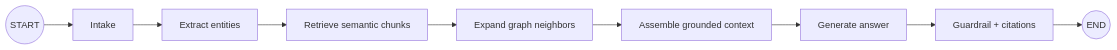
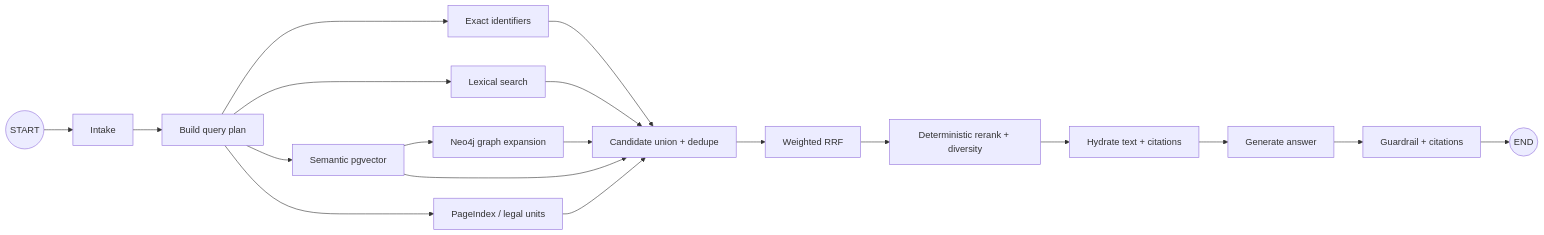
Before and after one commit to HOANGQUANGMINH371195/TEAM_GENIUS: the second of 2 diagrams in ARCHITECTURE.md, drawn with Mermaid. The commit also changed other lines of this file and 57 other files, not shown here.

Commit message:
Migrate data layer to Neo4j and GraphRAG indexes

````diff
--- a/ARCHITECTURE.md
+++ b/ARCHITECTURE.md
@@ -45,11 +54,21 @@
 ```mermaid
 graph LR
     Start((START)) --> Intake[Intake]
-    Intake --> Entities[Extract entities]
-    Entities --> Vectors[Retrieve semantic chunks]
-    Vectors --> Expand[Expand graph neighbors]
-    Expand --> Context[Assemble grounded context]
+    Intake --> Plan[Build query plan]
+    Plan --> Exact[Exact identifiers]
+    Plan --> Lexical[Lexical search]
+    Plan --> Semantic[Semantic pgvector]
+    Plan --> PageIndex[PageIndex / legal units]
+    Semantic --> Expand[Neo4j graph expansion]
+    Exact --> Candidates[Candidate union + dedupe]
+    Lexical --> Candidates
+    Semantic --> Candidates
+    PageIndex --> Candidates
+    Expand --> Candidates
+    Candidates --> RRF[Weighted RRF]
+    RRF --> Rerank[Deterministic rerank + diversity]
+    Rerank --> Context[Hydrate text + citations]
     Context --> Generate[Generate answer]
     Generate --> Guardrail[Guardrail + citations]
     Guardrail --> End((END))
 ```
````
